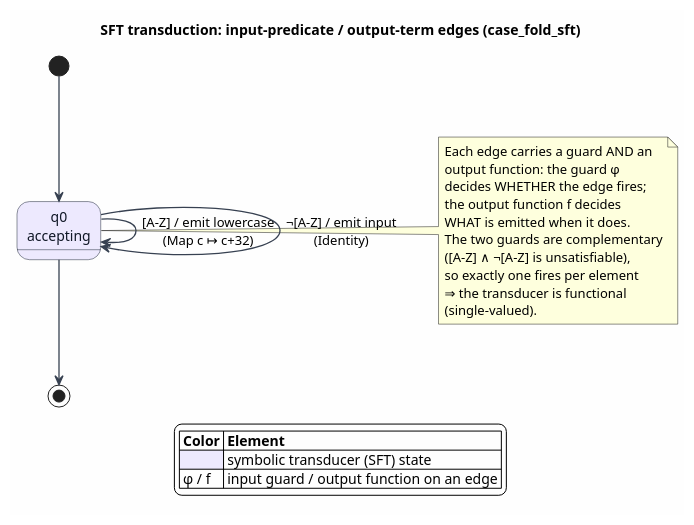
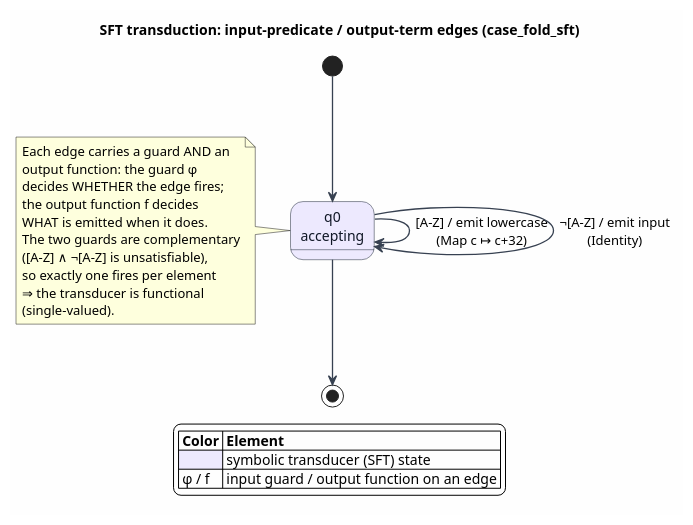
Before and after one commit to F1R3FLY-io/mettail-rust: the diagram in docs/architecture/semantic-predicates/figures/04-sft-transduction.puml, drawn with PlantUML. The commit also changed 3 other files, not shown here.

First line of the commit message:
docs(semantic-predicates): move two diagram notes left to clear the self-loop labels

```diff
--- a/docs/architecture/semantic-predicates/figures/04-sft-transduction.puml
+++ b/docs/architecture/semantic-predicates/figures/04-sft-transduction.puml
@@ -1,40 +1,40 @@
 @startuml
 title SFT transduction: input-predicate / output-term edges (case_fold_sft)
 
 skinparam backgroundColor #FEFEFE
 skinparam shadowing false
 skinparam ArrowColor #374151
 skinparam ArrowThickness 1.3
 skinparam state {
   BorderColor #1F2937
   FontColor #111827
   AttributeFontColor #111827
 }
 
 [*] --> q0
 
 state "q0\naccepting" as q0 #EDE9FE
 
 q0 --> q0 : [A-Z] / emit lowercase\n(Map c ↦ c+32)
 q0 --> q0 : ¬[A-Z] / emit input\n(Identity)
 q0 --> [*]
 
-note right of q0
+note left of q0
   Each edge carries a guard AND an
   output function: the guard φ
   decides WHETHER the edge fires;
   the output function f decides
   WHAT is emitted when it does.
   The two guards are complementary
   ([A-Z] ∧ ¬[A-Z] is unsatisfiable),
   so exactly one fires per element
   ⇒ the transducer is functional
   (single-valued).
 end note
 
 legend bottom
 |= Color |= Element |
 |<#EDE9FE> | symbolic transducer (SFT) state |
 | φ / f | input guard / output function on an edge |
 endlegend
 @enduml
```
